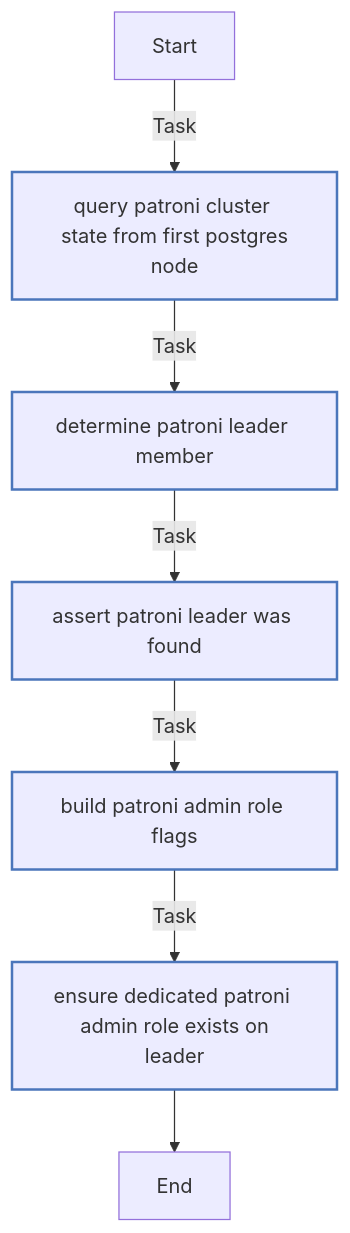
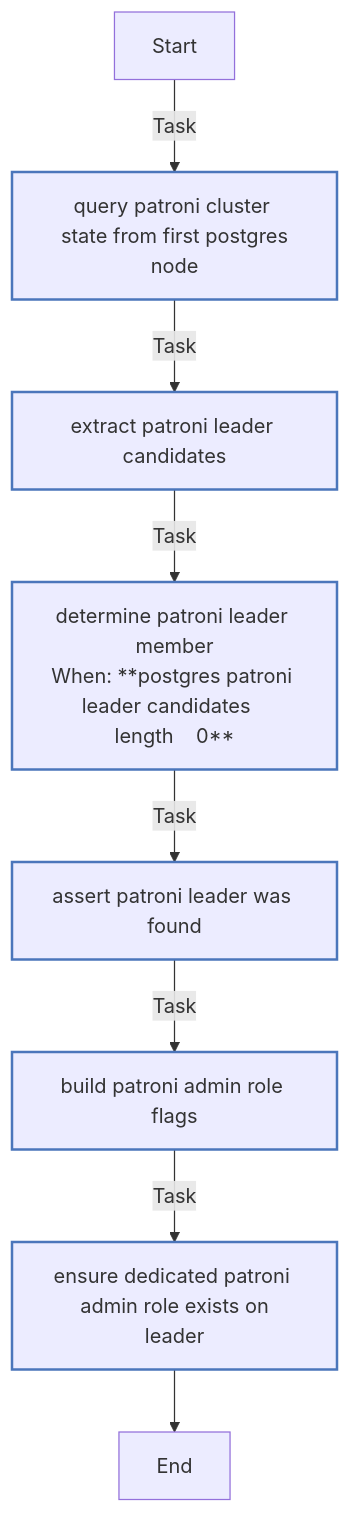
Before and after one commit to Lebowski89/homelab: the seventh of 10 diagrams in ansible/roles/postgres/README.md, drawn with Mermaid. The commit also changed other lines of this file, not shown here.

Commit message:
docs(ansible): regenerate role docs

````diff
--- a/ansible/roles/postgres/README.md
+++ b/ansible/roles/postgres/README.md
@@ -223,19 +400,20 @@
 ```mermaid
 flowchart TD
 Start
 classDef block stroke:#3498db,stroke-width:2px;
 classDef task stroke:#4b76bb,stroke-width:2px;
 classDef includeTasks stroke:#16a085,stroke-width:2px;
 classDef importTasks stroke:#34495e,stroke-width:2px;
 classDef includeRole stroke:#2980b9,stroke-width:2px;
 classDef importRole stroke:#699ba7,stroke-width:2px;
 classDef includeVars stroke:#8e44ad,stroke-width:2px;
 classDef rescue stroke:#665352,stroke-width:2px;
 
   Start-->|Task| Query_Patroni_cluster_state_from_first_postgres_node0[query patroni cluster state from first postgres<br>node]:::task
-  Query_Patroni_cluster_state_from_first_postgres_node0-->|Task| Determine_Patroni_leader_member1[determine patroni leader member]:::task
-  Determine_Patroni_leader_member1-->|Task| Assert_Patroni_leader_was_found2[assert patroni leader was found]:::task
-  Assert_Patroni_leader_was_found2-->|Task| Build_Patroni_admin_role_flags3[build patroni admin role flags]:::task
-  Build_Patroni_admin_role_flags3-->|Task| Ensure_dedicated_Patroni_admin_role_exists_on_leader4[ensure dedicated patroni admin role exists on<br>leader]:::task
-  Ensure_dedicated_Patroni_admin_role_exists_on_leader4-->End
+  Query_Patroni_cluster_state_from_first_postgres_node0-->|Task| Extract_Patroni_leader_candidates1[extract patroni leader candidates]:::task
+  Extract_Patroni_leader_candidates1-->|Task| Determine_Patroni_leader_member2[determine patroni leader member<br>When: **postgres patroni leader candidates   length    0**]:::task
+  Determine_Patroni_leader_member2-->|Task| Assert_Patroni_leader_was_found3[assert patroni leader was found]:::task
+  Assert_Patroni_leader_was_found3-->|Task| Build_Patroni_admin_role_flags4[build patroni admin role flags]:::task
+  Build_Patroni_admin_role_flags4-->|Task| Ensure_dedicated_Patroni_admin_role_exists_on_leader5[ensure dedicated patroni admin role exists on<br>leader]:::task
+  Ensure_dedicated_Patroni_admin_role_exists_on_leader5-->End
 ```
````
